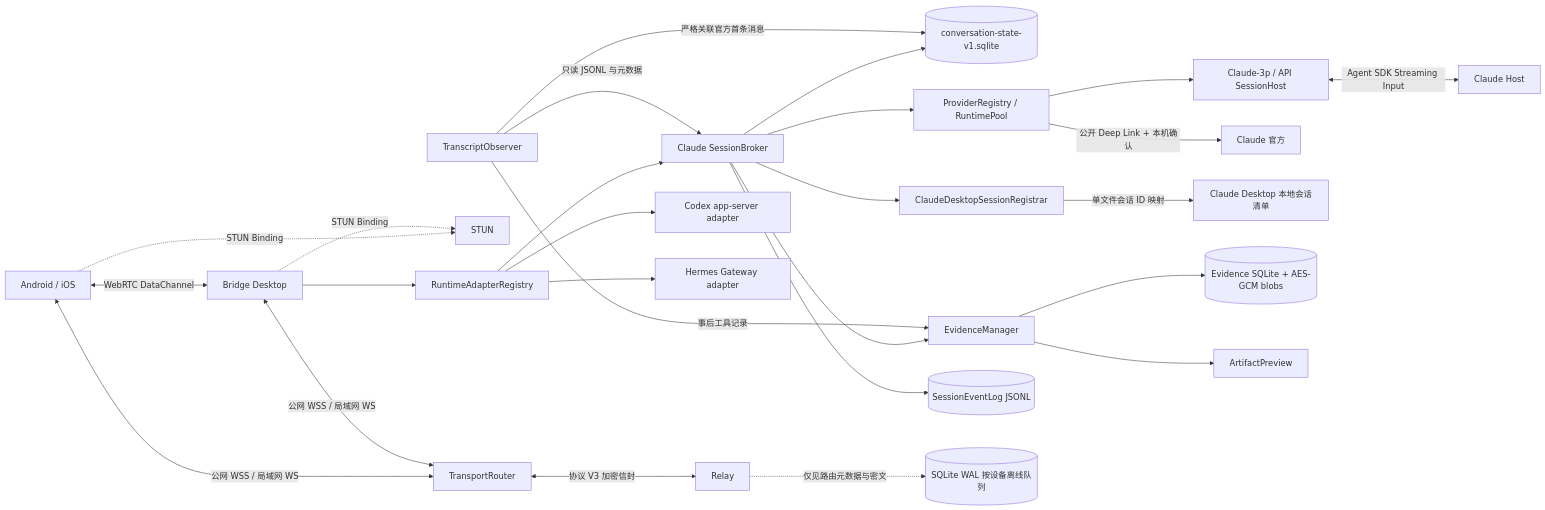
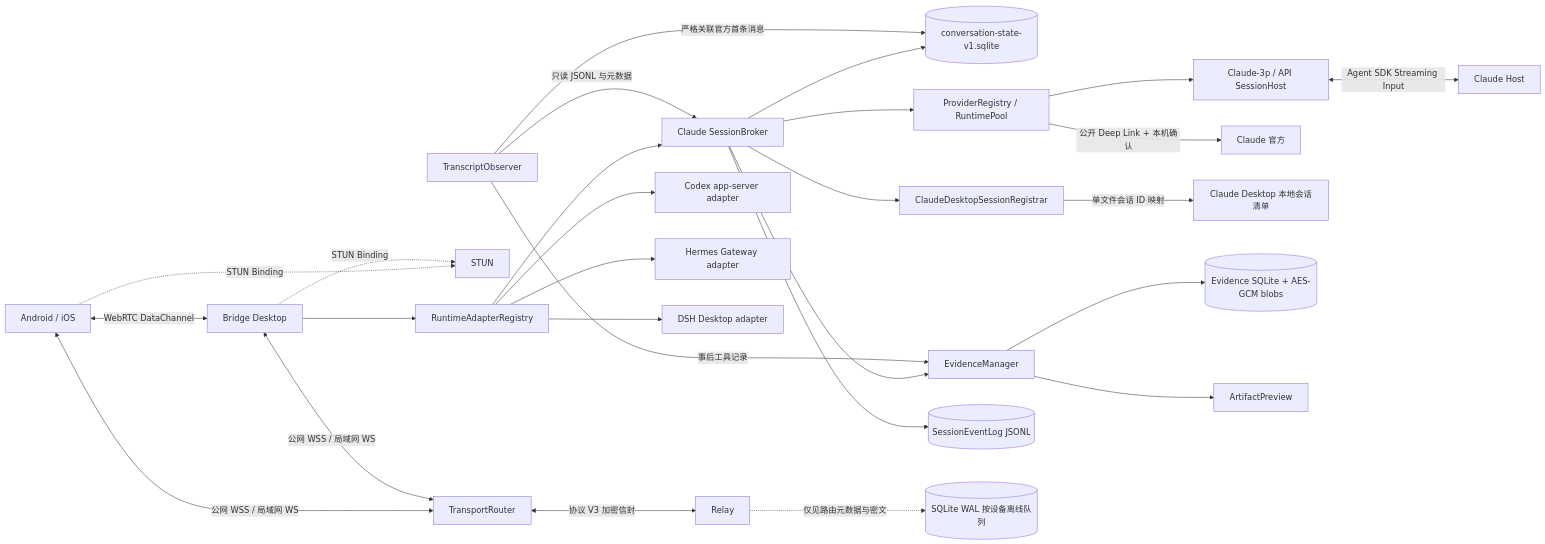
The first of 4 diagrams in docs/ARCHITECTURE.md (czhmartinez/claude-desktop-bridge), drawn with Mermaid before and after one commit. The commit also changed other lines of this file and 40 other files, not shown here.

First line of the commit message:
feat: add DSH Desktop runtime and trajectory-grade evidence (1.0.0)

````diff
--- a/docs/ARCHITECTURE.md
+++ b/docs/ARCHITECTURE.md
@@ -12,28 +12,29 @@
 ```mermaid
 flowchart LR
   M["Android / iOS"] <-->|"WebRTC DataChannel"| D["Bridge Desktop"]
   M <-->|"公网 WSS / 局域网 WS"| T["TransportRouter"]
   D <-->|"公网 WSS / 局域网 WS"| T
   T <-->|"协议 V3 加密信封"| R["Relay"]
   M -.->|"STUN Binding"| S["STUN"]
   D -.->|"STUN Binding"| S
   D --> RA["RuntimeAdapterRegistry"]
   RA --> B["Claude SessionBroker"]
   RA --> CA["Codex app-server adapter"]
   RA --> HG["Hermes Gateway adapter"]
+  RA --> DA["DSH Desktop adapter"]
   B --> CS[("conversation-state-v1.sqlite")]
   B --> PR["ProviderRegistry / RuntimePool"]
   PR --> H["Claude-3p / API SessionHost"]
   H <-->|"Agent SDK Streaming Input"| C["Claude Host"]
   PR -->|"公开 Deep Link + 本机确认"| CO["Claude 官方"]
   O["TranscriptObserver"] -->|"只读 JSONL 与元数据"| B
   O -->|"严格关联官方首条消息"| CS
   B --> DR["ClaudeDesktopSessionRegistrar"]
   DR -->|"单文件会话 ID 映射"| DM["Claude Desktop 本地会话清单"]
   B --> EM["EvidenceManager"]
   O -->|"事后工具记录"| EM
   EM --> ES[("Evidence SQLite + AES-GCM blobs")]
   EM --> AP["ArtifactPreview"]
   B --> E[("SessionEventLog JSONL")]
   R -. "仅见路由元数据与密文" .-> Q[("SQLite WAL 按设备离线队列")]
 ```
````
